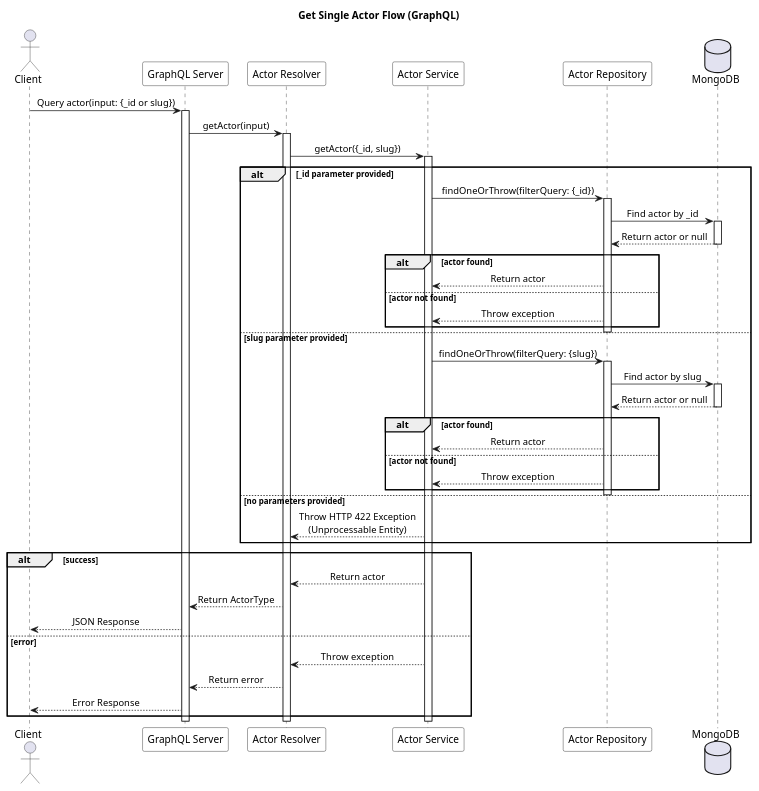
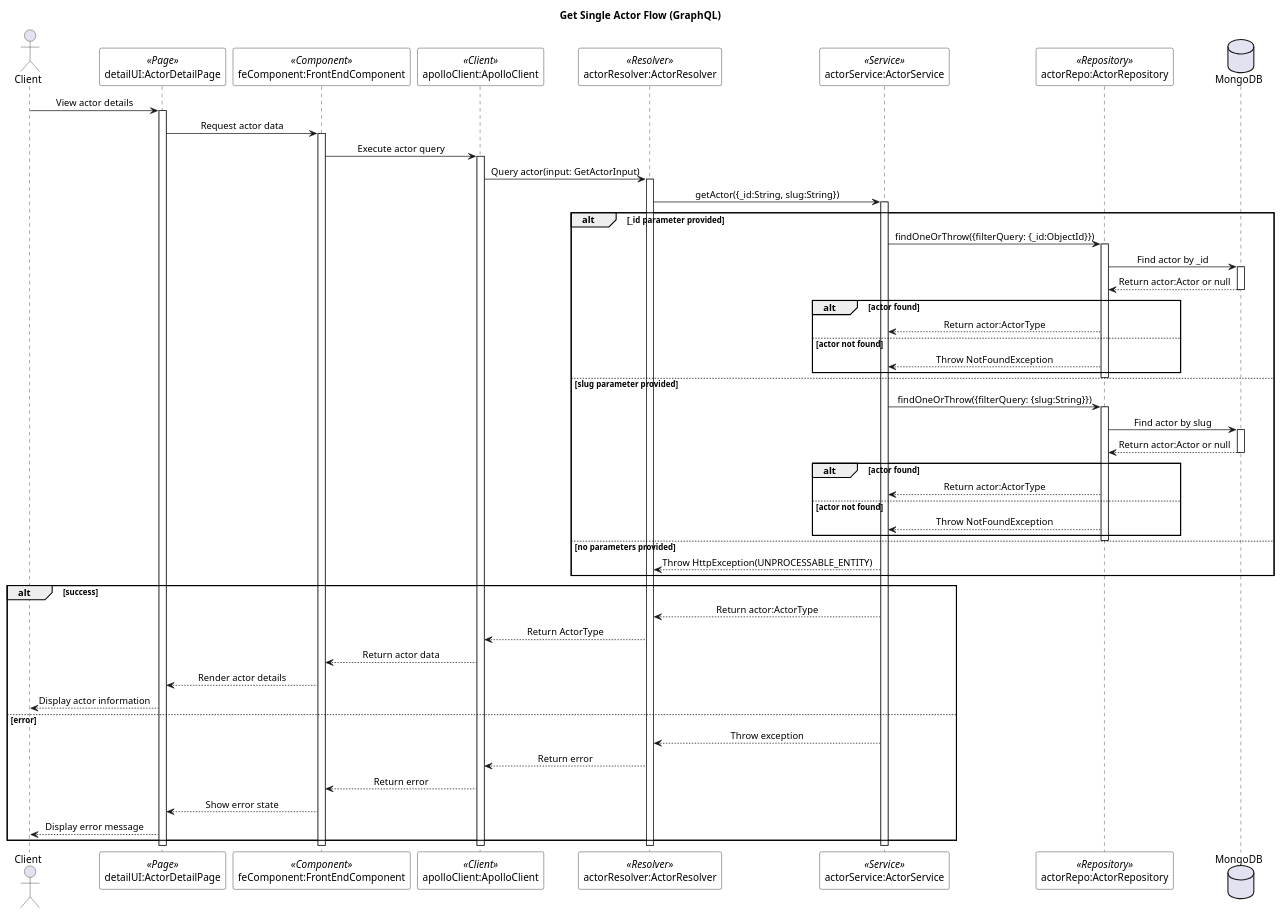
Before and after one commit to lehuygiang28/vphim: the diagram in documents/diagram/sequences/actors/get-single-actor.puml, drawn with PlantUML. The commit also changed 43 other files, not shown here.

First line of the commit message:
refactor(diagrams): 🛠️ update sequence diagrams

```diff
--- a/documents/diagram/sequences/actors/get-single-actor.puml
+++ b/documents/diagram/sequences/actors/get-single-actor.puml
@@ -1,78 +1,90 @@
 @startuml Get Single Actor Flow
 
 skinparam SequenceMessageAlignment center
 skinparam SequenceBoxBackgroundColor white
 skinparam SequenceBoxBorderColor black
 skinparam NoteBackgroundColor lightyellow
 skinparam NoteBorderColor black
 skinparam ParticipantBackgroundColor white
 skinparam ParticipantBorderColor black
 
 title Get Single Actor Flow (GraphQL)
 
-actor Client
-participant "GraphQL Server" as GraphQL
-participant "Actor Resolver" as Resolver
-participant "Actor Service" as Service
-participant "Actor Repository" as Repository
-database "MongoDB" as DB
+actor "Client" as appClient
+participant "detailUI:ActorDetailPage" as detailUI <<Page>>
+participant "feComponent:FrontEndComponent" as feComponent <<Component>>
+participant "apolloClient:ApolloClient" as apolloClient <<Client>>
+participant "actorResolver:ActorResolver" as actorResolver <<Resolver>>
+participant "actorService:ActorService" as actorService <<Service>>
+participant "actorRepo:ActorRepository" as actorRepo <<Repository>>
+database "MongoDB" as mongoDB
 
-Client -> GraphQL : Query actor(input: {_id or slug})
-activate GraphQL
-GraphQL -> Resolver : getActor(input)
-activate Resolver
+appClient -> detailUI : View actor details
+activate detailUI
+detailUI -> feComponent : Request actor data
+activate feComponent
+feComponent -> apolloClient : Execute actor query
+activate apolloClient
+apolloClient -> actorResolver : Query actor(input: GetActorInput)
+activate actorResolver
 
-Resolver -> Service : getActor({_id, slug})
-activate Service
+actorResolver -> actorService : getActor({_id:String, slug:String})
+activate actorService
 
 alt _id parameter provided
-    Service -> Repository : findOneOrThrow(filterQuery: {_id})
-    activate Repository
-    
-    Repository -> DB : Find actor by _id
-    activate DB
-    DB --> Repository : Return actor or null
-    deactivate DB
-    
+    actorService -> actorRepo : findOneOrThrow({filterQuery: {_id:ObjectId}})
+    activate actorRepo
+
+    actorRepo -> mongoDB : Find actor by _id
+    activate mongoDB
+    mongoDB --> actorRepo : Return actor:Actor or null
+    deactivate mongoDB
+
     alt actor found
-        Repository --> Service : Return actor
+        actorRepo --> actorService : Return actor:ActorType
     else actor not found
-        Repository --> Service : Throw exception
+        actorRepo --> actorService : Throw NotFoundException
     end
-    
-    deactivate Repository
+
+    deactivate actorRepo
 else slug parameter provided
-    Service -> Repository : findOneOrThrow(filterQuery: {slug})
-    activate Repository
-    
-    Repository -> DB : Find actor by slug
-    activate DB
-    DB --> Repository : Return actor or null
-    deactivate DB
-    
+    actorService -> actorRepo : findOneOrThrow({filterQuery: {slug:String}})
+    activate actorRepo
+
+    actorRepo -> mongoDB : Find actor by slug
+    activate mongoDB
+    mongoDB --> actorRepo : Return actor:Actor or null
+    deactivate mongoDB
+
     alt actor found
-        Repository --> Service : Return actor
+        actorRepo --> actorService : Return actor:ActorType
     else actor not found
-        Repository --> Service : Throw exception
+        actorRepo --> actorService : Throw NotFoundException
     end
-    
-    deactivate Repository
+
+    deactivate actorRepo
 else no parameters provided
-    Service --> Resolver : Throw HTTP 422 Exception\n(Unprocessable Entity)
+    actorService --> actorResolver : Throw HttpException(UNPROCESSABLE_ENTITY)
 end
 
 alt success
-    Service --> Resolver : Return actor
-    Resolver --> GraphQL : Return ActorType
-    GraphQL --> Client : JSON Response
+    actorService --> actorResolver : Return actor:ActorType
+    actorResolver --> apolloClient : Return ActorType
+    apolloClient --> feComponent : Return actor data
+    feComponent --> detailUI : Render actor details
+    detailUI --> appClient : Display actor information
 else error
-    Service --> Resolver : Throw exception
-    Resolver --> GraphQL : Return error
-    GraphQL --> Client : Error Response
+    actorService --> actorResolver : Throw exception
+    actorResolver --> apolloClient : Return error
+    apolloClient --> feComponent : Return error
+    feComponent --> detailUI : Show error state
+    detailUI --> appClient : Display error message
 end
 
-deactivate Service
-deactivate Resolver
-deactivate GraphQL
+deactivate actorService
+deactivate actorResolver
+deactivate apolloClient
+deactivate feComponent
+deactivate detailUI
 
-@enduml 
+@enduml
```
